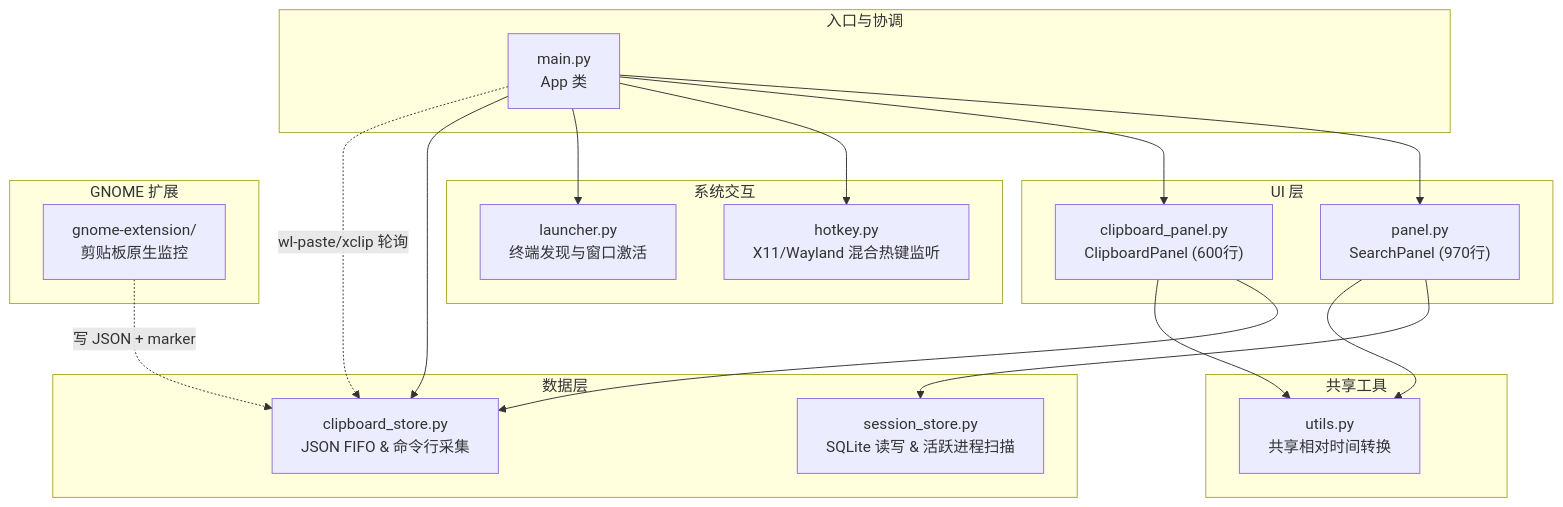
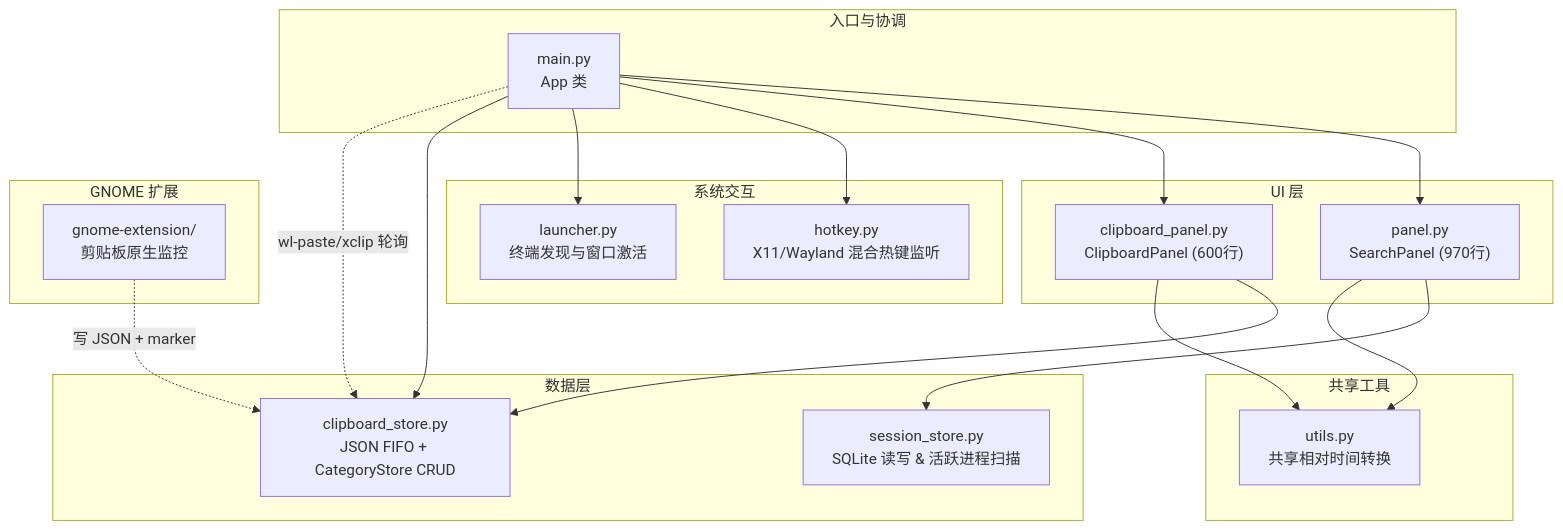
The diagram in codebase_analysis.md (hanzibo/opencode-switcher), drawn with Mermaid before and after one commit. The commit also changed other lines of this file, not shown here.

````diff
--- a/codebase_analysis.md
+++ b/codebase_analysis.md
@@ -19,36 +19,36 @@
 ```mermaid
 graph TB
     subgraph "入口与协调"
         Main["main.py<br/>App 类"]
     end
     subgraph "UI 层"
         Panel["panel.py<br/>SearchPanel (970行)"]
         ClipPanel["clipboard_panel.py<br/>ClipboardPanel (600行)"]
     end
     subgraph "共享工具"
         Utils["utils.py<br/>共享相对时间转换"]
     end
     subgraph "数据层"
         SessionStore["session_store.py<br/>SQLite 读写 & 活跃进程扫描"]
-        ClipStore["clipboard_store.py<br/>JSON FIFO & 命令行采集"]
+        ClipStore["clipboard_store.py<br/>JSON FIFO + CategoryStore CRUD"]
     end
     subgraph "系统交互"
         Hotkey["hotkey.py<br/>X11/Wayland 混合热键监听"]
         Launcher["launcher.py<br/>终端发现与窗口激活"]
     end
     subgraph "GNOME 扩展"
         Extension["gnome-extension/<br/>剪贴板原生监控"]
     end
 
     Main --> Panel
     Main --> ClipPanel
     Main --> Hotkey
     Main --> Launcher
     Main --> ClipStore
     Panel --> SessionStore
     Panel --> Utils
     ClipPanel --> ClipStore
     ClipPanel --> Utils
     Extension -.->|写 JSON + marker| ClipStore
     Main -.->|wl-paste/xclip 轮询| ClipStore
 ```
````
